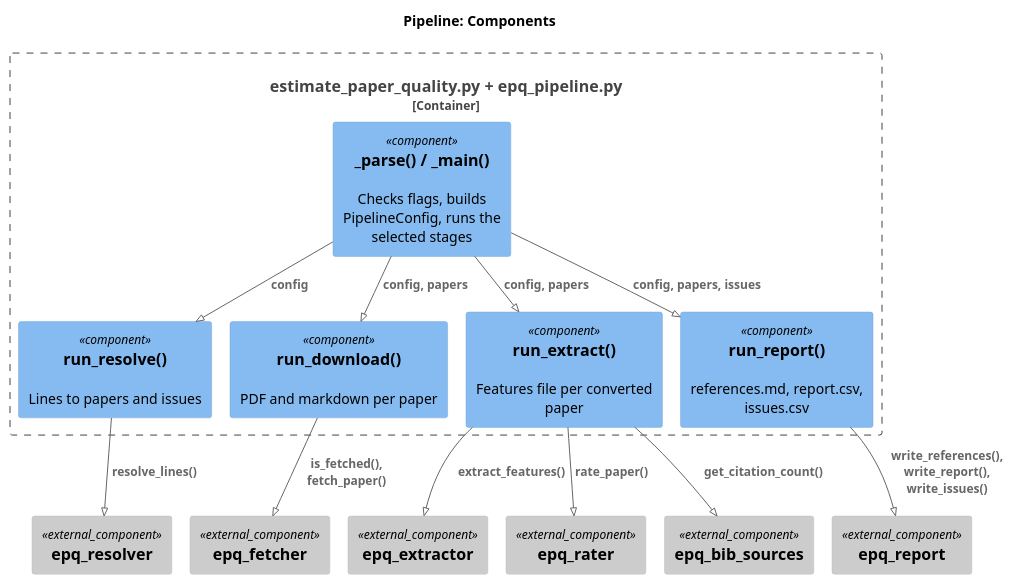
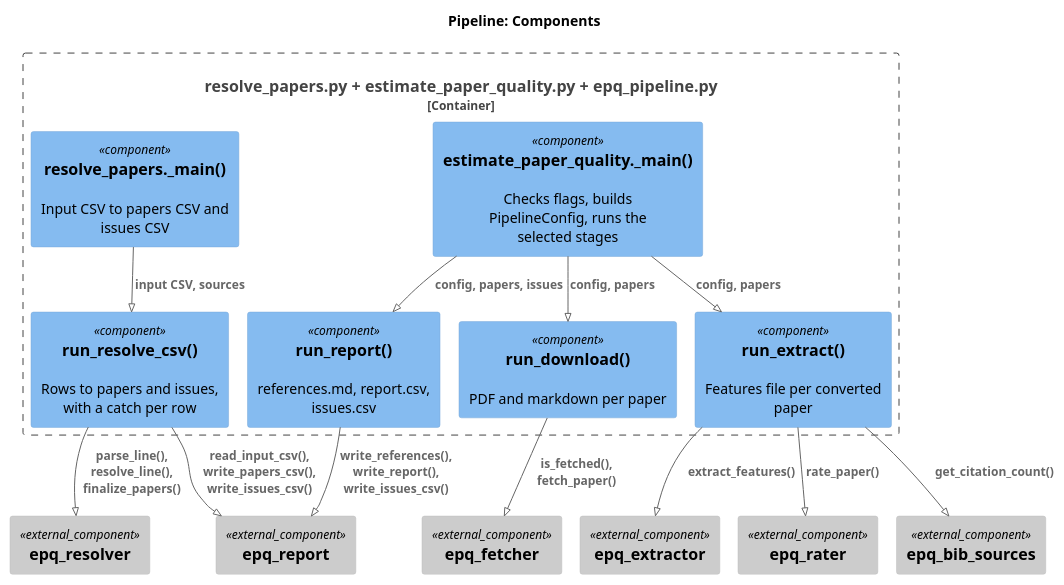
One commit to gpsaggese/gpsaggese.github.io changed the diagram in research/Estimate_academic_paper_quality/docs/02.1-design.pipeline.md. Above: the diagram before and after it, drawn with PlantUML. The commit also changed other lines of this file and 20 other files, not shown here.

````diff
--- a/research/Estimate_academic_paper_quality/docs/02.1-design.pipeline.md
+++ b/research/Estimate_academic_paper_quality/docs/02.1-design.pipeline.md
@@ -23,29 +25,31 @@
 ```plantuml
 !pragma layout smetana
 !include <C4/C4_Component>
 LAYOUT_TOP_DOWN()
 title Pipeline: Components
-Container_Boundary(p, "estimate_paper_quality.py + epq_pipeline.py") {
-  Component(cli, "_parse() / _main()", "", "Checks flags, builds PipelineConfig, runs the selected stages")
-  Component(res, "run_resolve()", "", "Lines to papers and issues")
+Container_Boundary(p, "resolve_papers.py + estimate_paper_quality.py + epq_pipeline.py") {
+  Component(rcli, "resolve_papers._main()", "", "Input CSV to papers CSV and issues CSV")
+  Component(cli, "estimate_paper_quality._main()", "", "Checks flags, builds PipelineConfig, runs the selected stages")
+  Component(res, "run_resolve_csv()", "", "Rows to papers and issues, with a catch per row")
   Component(dl, "run_download()", "", "PDF and markdown per paper")
   Component(ex, "run_extract()", "", "Features file per converted paper")
   Component(rep, "run_report()", "", "references.md, report.csv, issues.csv")
 }
 Component_Ext(resolver, "epq_resolver", "", "")
 Component_Ext(fetcher, "epq_fetcher", "", "")
 Component_Ext(extractor, "epq_extractor", "", "")
 Component_Ext(rater, "epq_rater", "", "")
 Component_Ext(report, "epq_report", "", "")
 Component_Ext(bib, "epq_bib_sources", "", "")
-Rel(cli, res, "config")
+Rel(rcli, res, "input CSV, sources")
 Rel(cli, dl, "config, papers")
 Rel(cli, ex, "config, papers")
 Rel(cli, rep, "config, papers, issues")
-Rel(res, resolver, "resolve_lines()")
+Rel(res, resolver, "parse_line(), resolve_line(), finalize_papers()")
 Rel(dl, fetcher, "is_fetched(), fetch_paper()")
 Rel(ex, extractor, "extract_features()")
 Rel(ex, rater, "rate_paper()")
 Rel(ex, bib, "get_citation_count()")
-Rel(rep, report, "write_references(), write_report(), write_issues()")
+Rel(res, report, "read_input_csv(), write_papers_csv(), write_issues_csv()")
+Rel(rep, report, "write_references(), write_report(), write_issues_csv()")
 ```
````
